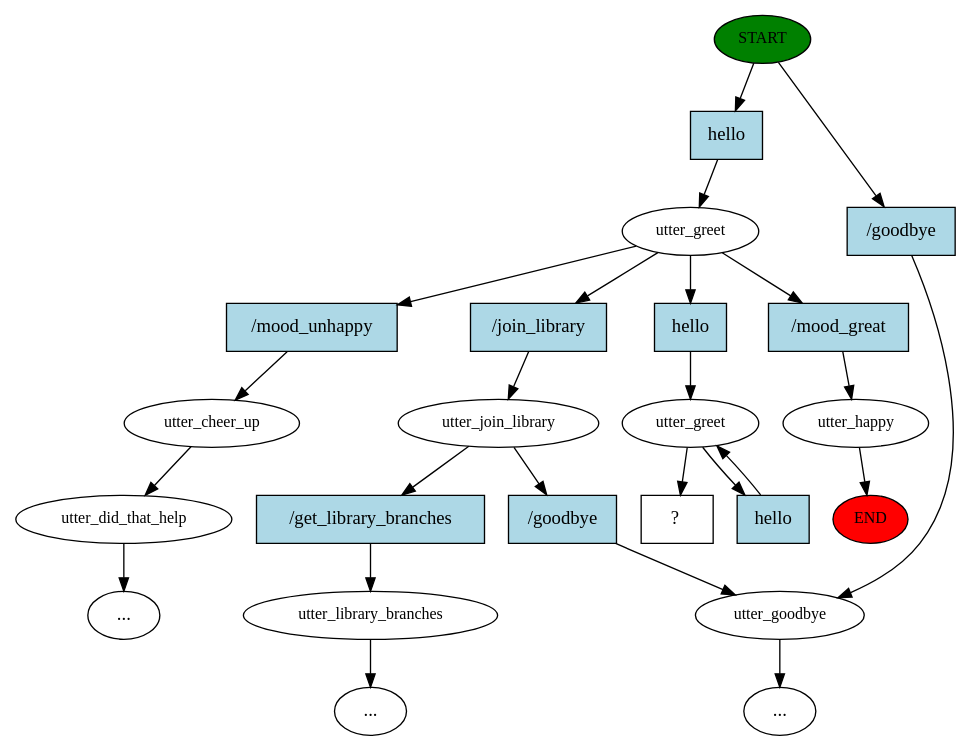
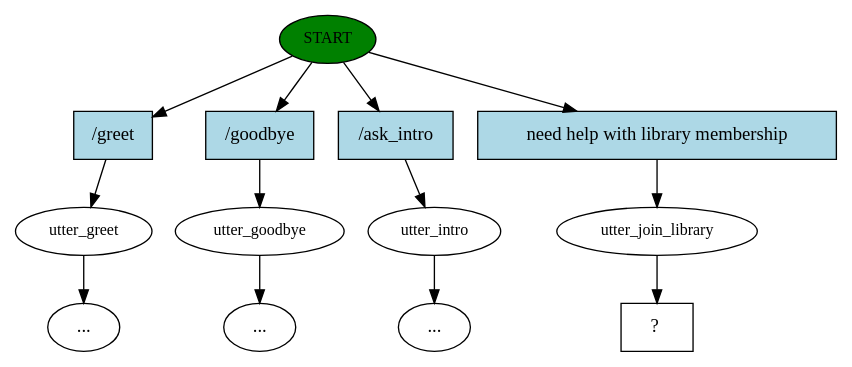
The diagram in story_graph.dot (Anzanrai/patricia), drawn with Graphviz before and after one commit. The commit also changed 44 other files, not shown here.

```diff
--- a/story_graph.dot
+++ b/story_graph.dot
@@ -1,49 +1,27 @@
 digraph  {
 0 [class="start active", fillcolor=green, fontsize=12, label=START, style=filled];
-"-1" [class=end, fillcolor=red, fontsize=12, label=END, style=filled];
-1 [class=active, fontsize=12, label=utter_greet];
-2 [class="", fontsize=12, label=utter_happy];
-4 [class="", fontsize=12, label=utter_cheer_up];
-5 [class="", fontsize=12, label=utter_did_that_help];
-"-4" [class=ellipsis, label="..."];
-9 [class="", fontsize=12, label=utter_goodbye];
-11 [class="", fontsize=12, label=utter_join_library];
-"-6" [class=ellipsis, label="..."];
-15 [class="", fontsize=12, label=utter_library_branches];
+1 [class="", fontsize=12, label=utter_greet];
+5 [class="", fontsize=12, label=utter_goodbye];
 "-7" [class=ellipsis, label="..."];
-17 [class=active, fontsize=12, label=utter_greet];
-19 [class="intent dashed active", label="  ?  ", shape=rect];
-20 [class="intent active", fillcolor=lightblue, label=hello, shape=rect, style=filled];
-21 [class=intent, fillcolor=lightblue, label="\/goodbye", shape=rect, style=filled];
-22 [class=intent, fillcolor=lightblue, label="\/mood_great", shape=rect, style=filled];
-23 [class=intent, fillcolor=lightblue, label="\/mood_unhappy", shape=rect, style=filled];
-24 [class=intent, fillcolor=lightblue, label="\/join_library", shape=rect, style=filled];
-25 [class="intent active", fillcolor=lightblue, label=hello, shape=rect, style=filled];
-26 [class=intent, fillcolor=lightblue, label="\/goodbye", shape=rect, style=filled];
-27 [class=intent, fillcolor=lightblue, label="\/get_library_branches", shape=rect, style=filled];
-28 [class="intent active", fillcolor=lightblue, label=hello, shape=rect, style=filled];
-0 -> 20  [class=active, key=0];
-0 -> 21  [class="", key=0];
-1 -> 22  [class="", key=0];
-1 -> 23  [class="", key=0];
-1 -> 24  [class="", key=0];
-1 -> 25  [class=active, key=0];
-2 -> "-1"  [class="", key=NONE, label=""];
-4 -> 5  [class="", key=NONE, label=""];
-5 -> "-4"  [class="", key=NONE, label=""];
-9 -> "-6"  [class="", key=NONE, label=""];
-11 -> 26  [class="", key=0];
-11 -> 27  [class="", key=0];
-15 -> "-7"  [class="", key=NONE, label=""];
-17 -> 19  [class=active, key=NONE, label=""];
-17 -> 28  [class=active, key=0];
-20 -> 1  [class=active, key=0];
-21 -> 9  [class="", key=0];
-22 -> 2  [class="", key=0];
-23 -> 4  [class="", key=0];
-24 -> 11  [class="", key=0];
-25 -> 17  [class=active, key=0];
-26 -> 9  [class="", key=0];
-27 -> 15  [class="", key=0];
-28 -> 17  [class=active, key=0];
+"-10" [class=ellipsis, label="..."];
+9 [class="", fontsize=12, label=utter_intro];
+"-11" [class=ellipsis, label="..."];
+10 [class=active, fontsize=12, label=utter_join_library];
+11 [class="intent dashed active", label="  ?  ", shape=rect];
+12 [class=intent, fillcolor=lightblue, label="\/greet", shape=rect, style=filled];
+13 [class=intent, fillcolor=lightblue, label="\/goodbye", shape=rect, style=filled];
+14 [class=intent, fillcolor=lightblue, label="\/ask_intro", shape=rect, style=filled];
+15 [class="intent active", fillcolor=lightblue, label="need\ help\ with\ library\ membership", shape=rect, style=filled];
+0 -> 12  [class="", key=0];
+0 -> 13  [class="", key=0];
+0 -> 14  [class="", key=0];
+0 -> 15  [class=active, key=0];
+1 -> "-10"  [class="", key=NONE, label=""];
+5 -> "-7"  [class="", key=NONE, label=""];
+9 -> "-11"  [class="", key=NONE, label=""];
+10 -> 11  [class=active, key=NONE, label=""];
+12 -> 1  [class="", key=0];
+13 -> 5  [class="", key=0];
+14 -> 9  [class="", key=0];
+15 -> 10  [class=active, key=0];
 }
```
